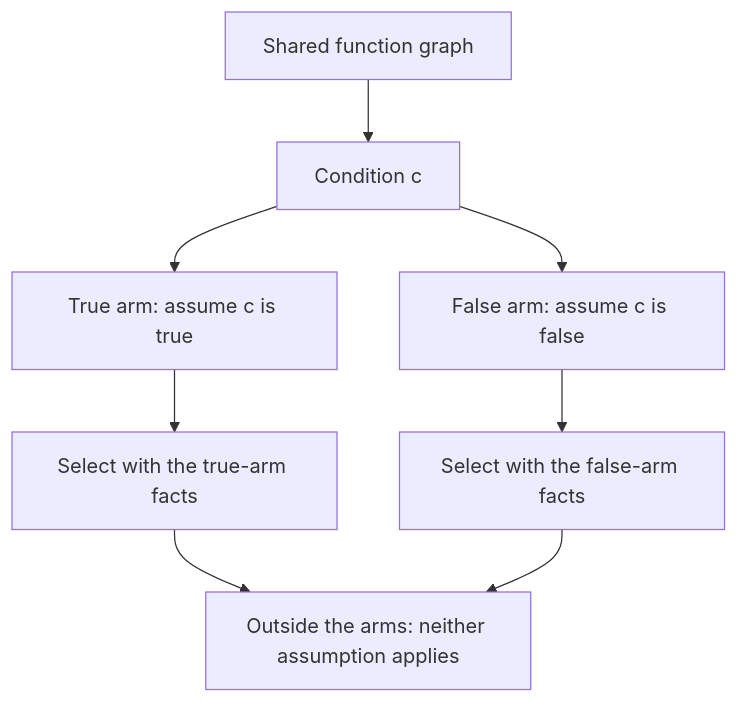
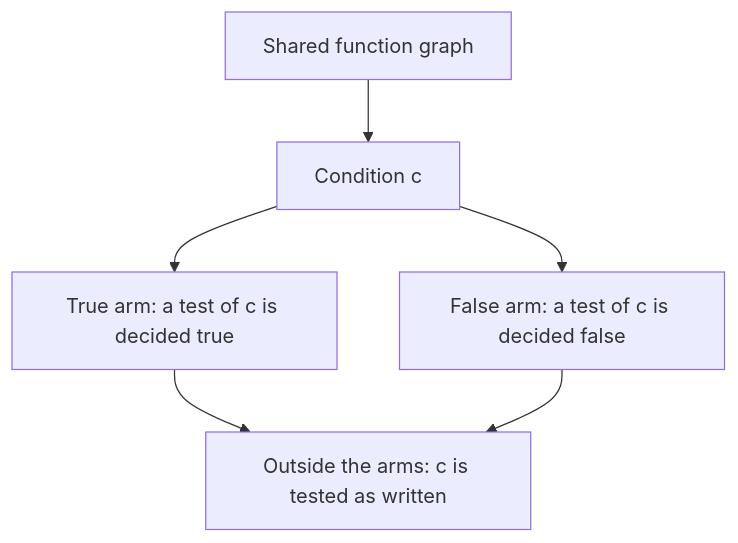
Before and after one commit to alexbatashev/tir: the fourth of 4 diagrams in docs/design/isel.md, drawn with Mermaid. The commit also changed other lines of this file and 39 other files, not shown here.

First line of the commit message:
perf(isel): select over a frozen graph with a lazy cost fold

````diff
--- a/docs/design/isel.md
+++ b/docs/design/isel.md
@@ -406,10 +433,8 @@
 ```mermaid
 flowchart TD
 	G["Shared function graph"] --> Q["Condition c"]
-	Q --> T["True arm: assume c is true"]
-	Q --> F["False arm: assume c is false"]
-	T --> TS["Select with the true-arm facts"]
-	F --> FS["Select with the false-arm facts"]
-	TS --> J["Outside the arms: neither assumption applies"]
-	FS --> J
+	Q --> T["True arm: a test of c is decided true"]
+	Q --> F["False arm: a test of c is decided false"]
+	T --> J["Outside the arms: c is tested as written"]
+	F --> J
 ```
````
